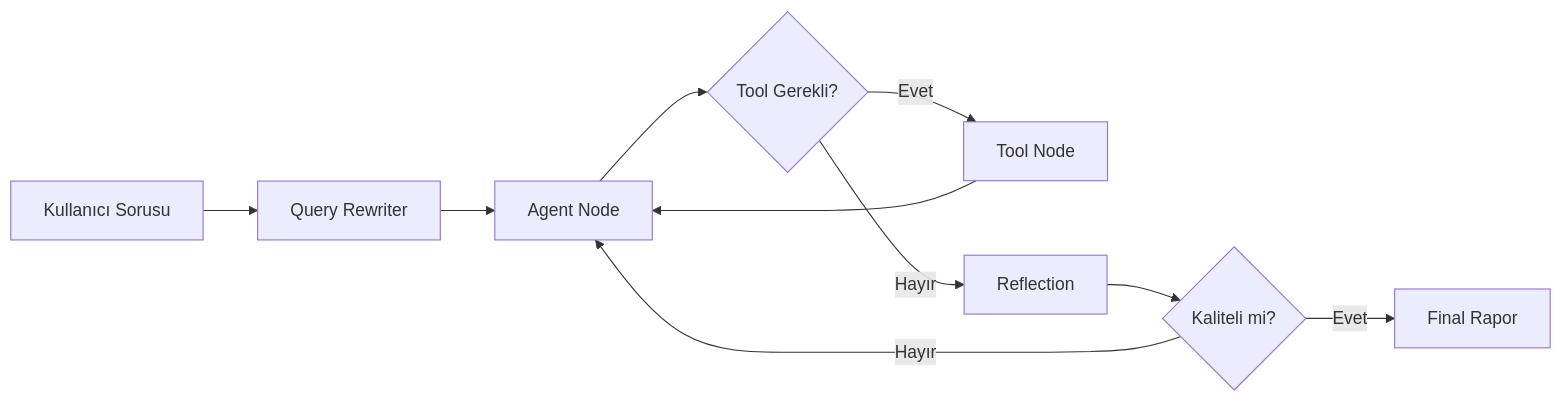
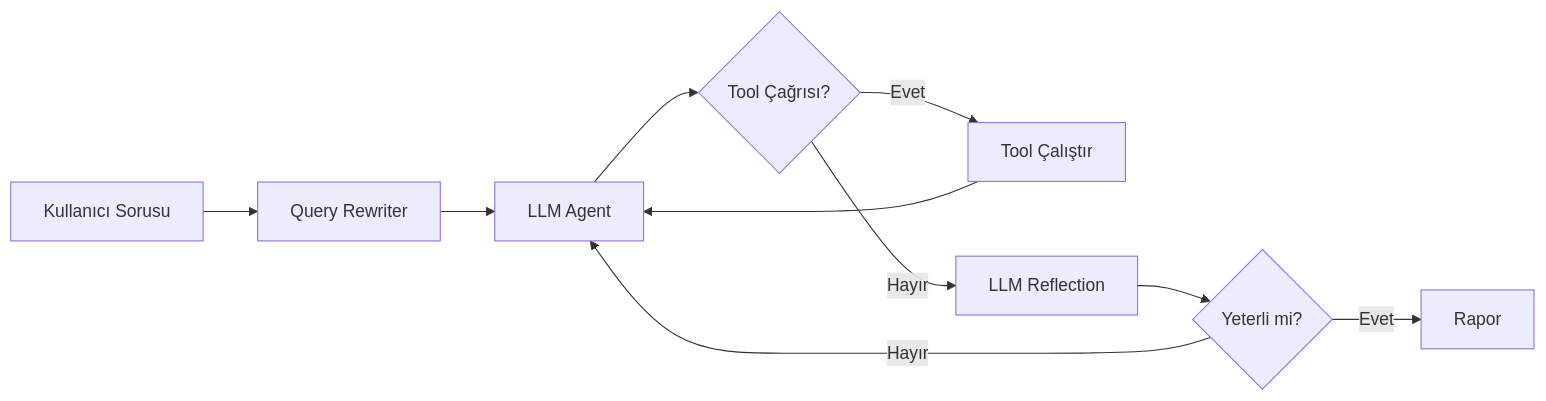
The diagram in README.md (104bit/yatirim-asistani), drawn with Mermaid before and after one commit.

Commit message:
Fix Mermaid diagram labels

````diff
--- a/README.md
+++ b/README.md
@@ -116,12 +116,12 @@
 ```mermaid
 flowchart LR
     A[Kullanıcı Sorusu] --> B[Query Rewriter]
-    B --> C[Agent Node]
-    C --> D{Tool Gerekli?}
-    D -->|Evet| E[Tool Node]
+    B --> C[LLM Agent]
+    C --> D{Tool Çağrısı?}
+    D -->|Evet| E[Tool Çalıştır]
     E --> C
-    D -->|Hayır| F[Reflection]
-    F --> G{Kaliteli mi?}
+    D -->|Hayır| F[LLM Reflection]
+    F --> G{Yeterli mi?}
     G -->|Hayır| C
-    G -->|Evet| H[Final Rapor]
+    G -->|Evet| H[Rapor]
 ```
````
